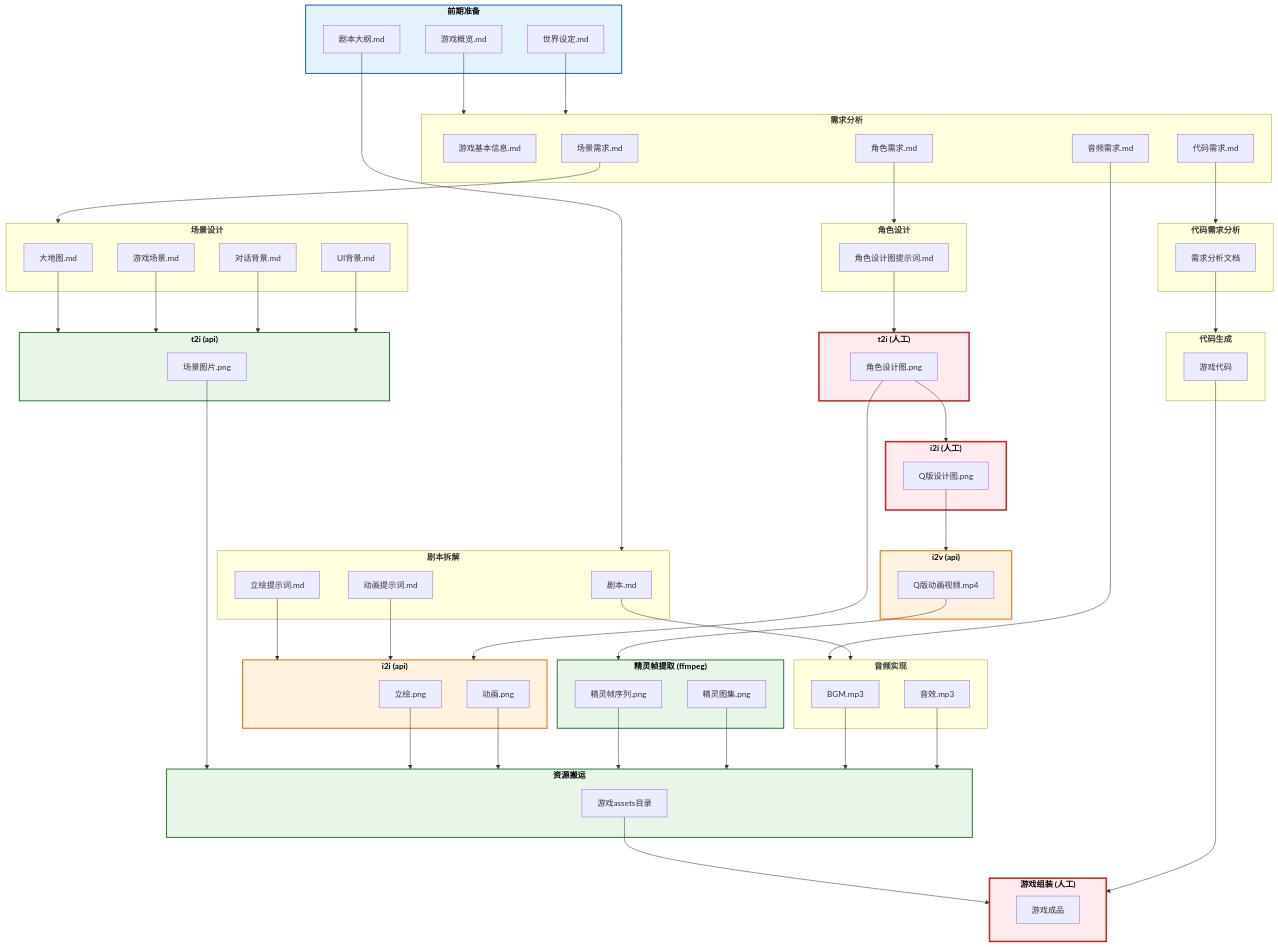
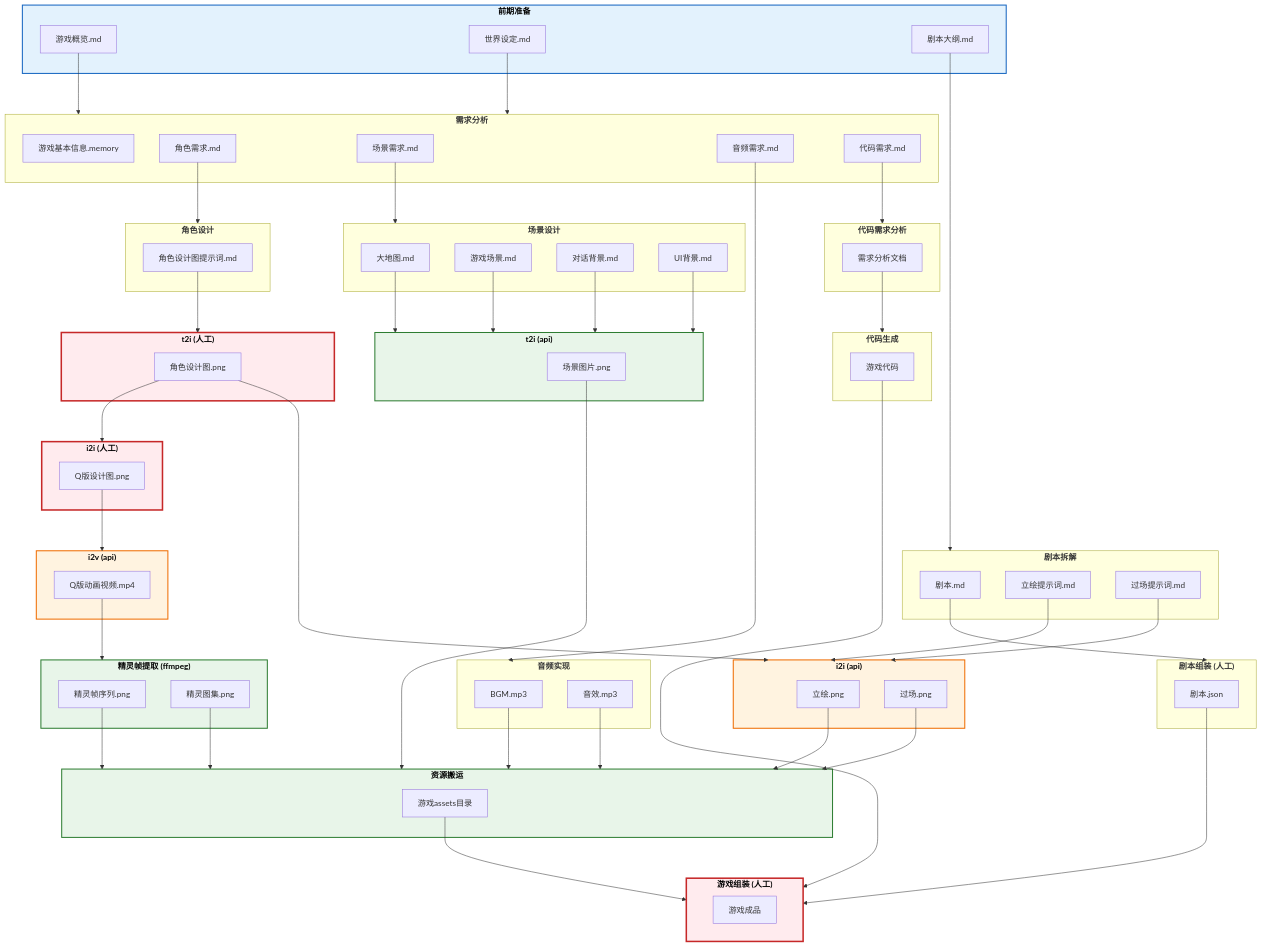
One commit to CrazyJinn/AllCopper changed the diagram in README.md. Above: the diagram before and after it, drawn with Mermaid. The commit also changed other lines of this file and 195 other files, not shown here.

```diff
--- a/README.md
+++ b/README.md
@@ -12,7 +12,7 @@
 
     %% ========== 1. 需求分析 ==========
     subgraph S1需求分析["<b>需求分析</b>"]
-        S1O1[游戏基本信息.md]
+        S1O1[游戏基本信息.memory]
         S1O2[角色需求.md]
         S1O3[场景需求.md]
         S1O4[音频需求.md]
@@ -23,7 +23,7 @@
     subgraph S2剧本拆解["<b>剧本拆解</b>"]
         S2O1[剧本.md]
         S2O2[立绘提示词.md]
-        S2O3[动画提示词.md]
+        S2O3[过场提示词.md]
     end
 
     %% ========== 3. 角色设计 ==========
@@ -57,7 +57,7 @@
     %% ========== 8. i2i(api) ==========
     subgraph S8i2i图片["<b>i2i (api)</b>"]
         S8O1[立绘.png]
-        S8O2[动画.png]
+        S8O2[过场.png]
     end
 
     %% ========== 9. i2i(人工) ==========
@@ -97,6 +97,11 @@
         S15O1[游戏成品]
     end
 
+    %% ========== 16. 剧本组装 ==========
+    subgraph S16剧本组装["<b>剧本组装 (人工)</b>"]
+        S16O1[剧本.json]
+    end
+
     %% ========== 主流程连接线 ==========
     A1 & A2 --> S1需求分析
     A3 --> S2剧本拆解
@@ -115,12 +120,14 @@
     S9O1 --> S10i2vapi
     S10O1 --> S11精灵帧提取
 
-    S1O4 & S2O1 --> S12音频实现
+    S1O4 --> S12音频实现
 
     S5O1 --> S13代码生成
 
+    S2O1 --> S16剧本组装
+
     S7O1 & S8O1 & S8O2 & S11O1 & S11O2 & S12O1 & S12O2 --> S14资源搬运
-    S14O1 & S13O1 --> S15游戏组装
+    S14O1 & S13O1 & S16O1 --> S15游戏组装
 
     %% ========== 样式定义 ==========
     classDef manual fill:#ffebee,stroke:#c62828,stroke-width:3px,color:#000
```
